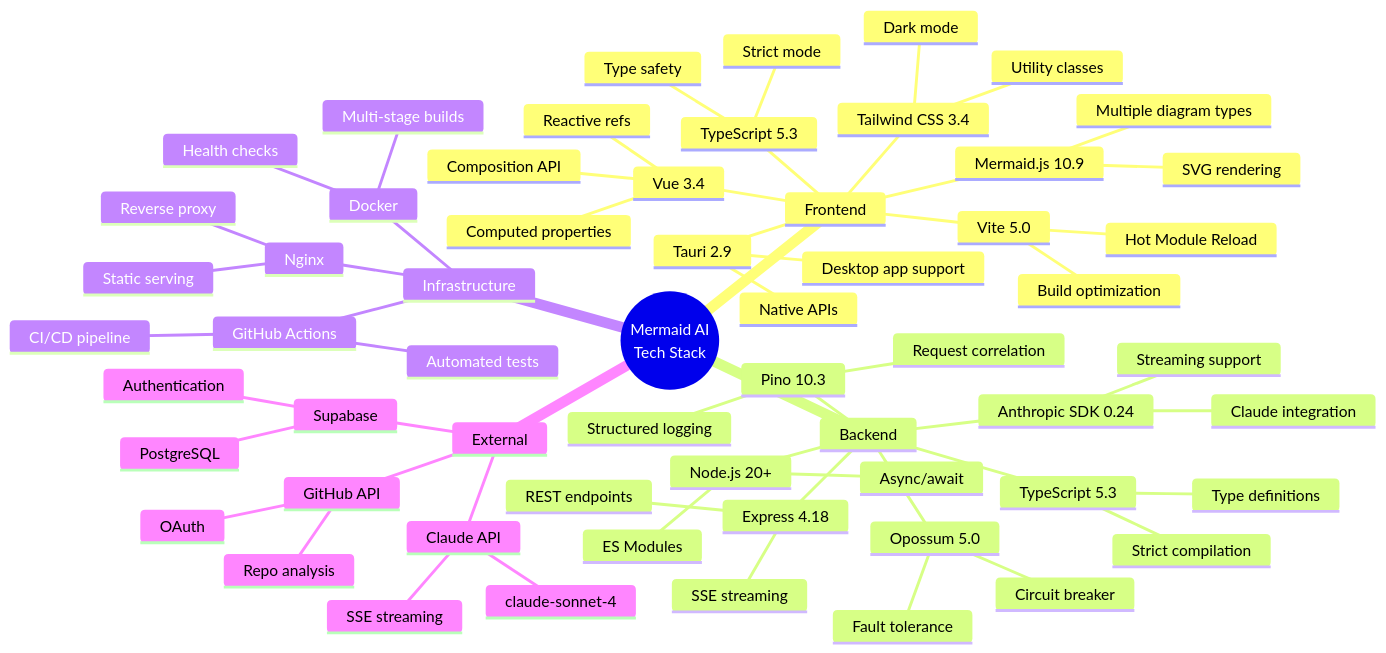
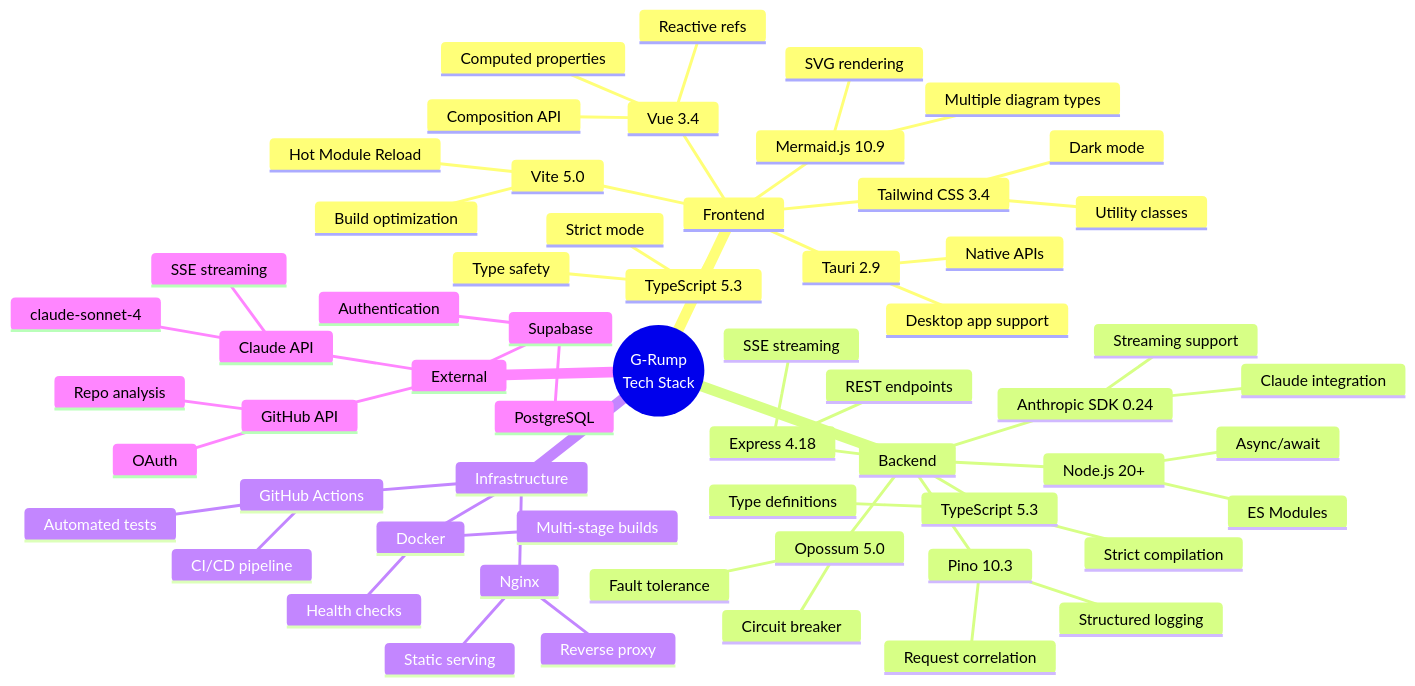
The ninth of 10 diagrams in docs/SYSTEM_ARCHITECTURE.md (Aphrodine-wq/GRUMPCO), drawn with Mermaid before and after one commit. The commit also changed other lines of this file and 174 other files, not shown here.

````diff
--- a/docs/SYSTEM_ARCHITECTURE.md
+++ b/docs/SYSTEM_ARCHITECTURE.md
@@ -584,63 +584,63 @@
 ```mermaid
 mindmap
-    root(("Mermaid AI<br/>Tech Stack"))
+    root(("G-Rump<br/>Tech Stack"))
         Frontend
             Vue 3.4
                 Composition API
                 Reactive refs
                 Computed properties
             Vite 5.0
                 Hot Module Reload
                 Build optimization
             TypeScript 5.3
                 Strict mode
                 Type safety
             Tailwind CSS 3.4
                 Utility classes
                 Dark mode
             Mermaid.js 10.9
                 SVG rendering
                 Multiple diagram types
             Tauri 2.9
                 Desktop app support
                 Native APIs
         Backend
             Express 4.18
                 REST endpoints
                 SSE streaming
             Node.js 20+
                 ES Modules
                 Async/await
             TypeScript 5.3
                 Strict compilation
                 Type definitions
             Anthropic SDK 0.24
                 Claude integration
                 Streaming support
             Pino 10.3
                 Structured logging
                 Request correlation
             Opossum 5.0
                 Circuit breaker
                 Fault tolerance
         Infrastructure
             Docker
                 Multi-stage builds
                 Health checks
             Nginx
                 Reverse proxy
                 Static serving
             GitHub Actions
                 CI/CD pipeline
                 Automated tests
         External
             Claude API
                 claude-sonnet-4
                 SSE streaming
             Supabase
                 Authentication
                 PostgreSQL
             GitHub API
                 OAuth
                 Repo analysis
 ```
````
